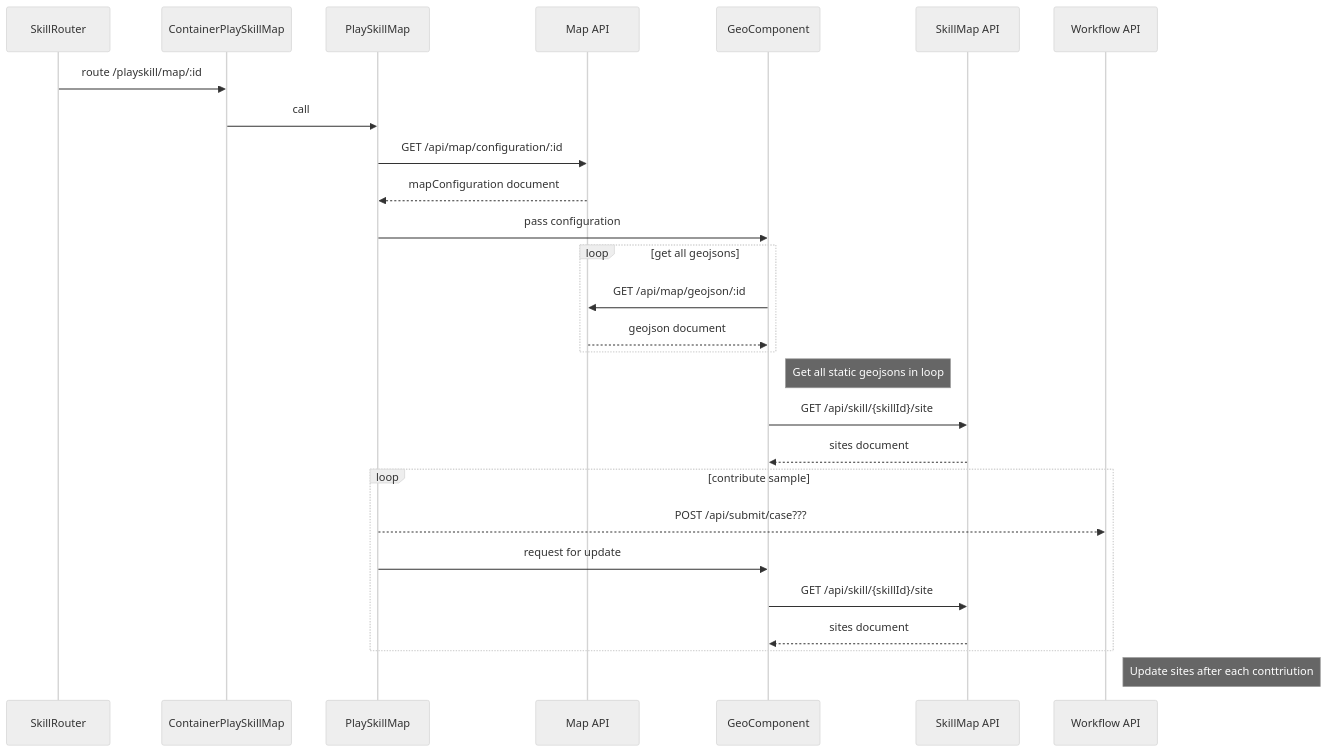
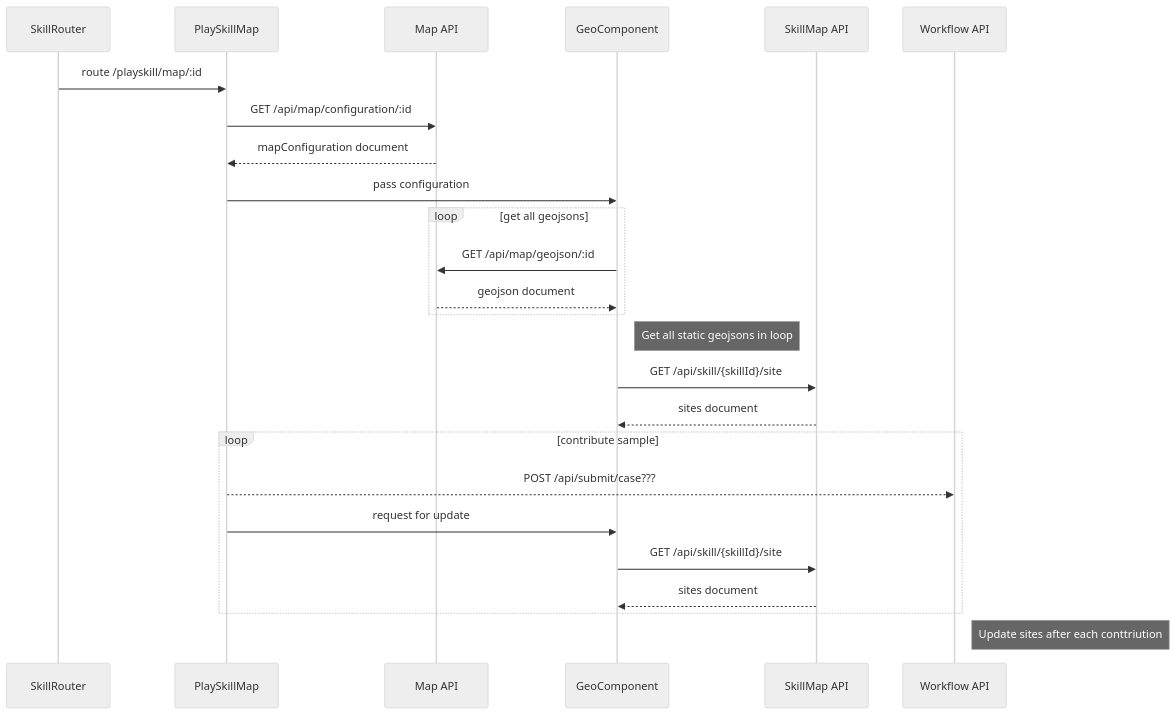
One commit to katiamar63/KnacksackProblem changed the third of 3 diagrams in README.md. Above: the diagram before and after it, drawn with Mermaid (neutral theme).

````diff
--- a/README.md
+++ b/README.md
@@ -227,23 +227,22 @@
 ```mermaid
 sequenceDiagram
-SkillRouter->>ContainerPlaySkillMap: route /playskill/map/:id
-ContainerPlaySkillMap->>PlaySkillMap: call
+SkillRouter->>PlaySkillMap: route /playskill/map/:id
 PlaySkillMap->>Map API: GET /api/map/configuration/:id
 Map API-->>PlaySkillMap: mapConfiguration document
 PlaySkillMap->>GeoComponent: pass configuration
 
 loop get all geojsons
 GeoComponent->>Map API: GET /api/map/geojson/:id
 Map API-->>GeoComponent: geojson document
 end
 Note right of GeoComponent: Get all static geojsons in loop
 GeoComponent->>SkillMap API: GET /api/skill/{skillId}/site 
 SkillMap API-->>GeoComponent: sites document
 loop contribute sample
 PlaySkillMap-->>Workflow API: POST /api/submit/case???
 PlaySkillMap->>GeoComponent: request for update 
 GeoComponent->>SkillMap API: GET /api/skill/{skillId}/site 
 SkillMap API-->>GeoComponent: sites document
 end
 Note right of Workflow API: Update sites after each conttriution
 ```
````
